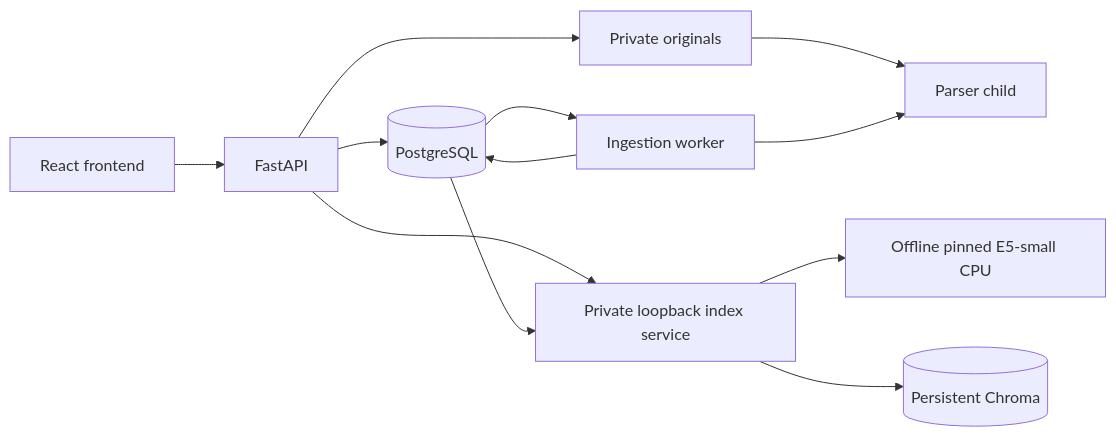
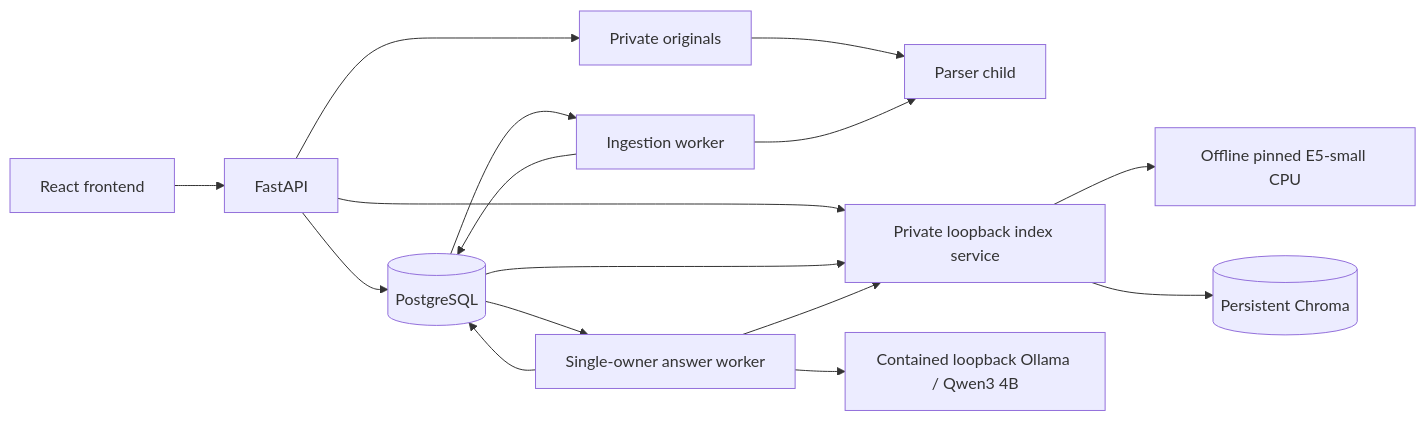
The diagram in docs/ARCHITECTURE.md (24f2003970/Gov_Policy_Agent), drawn with Mermaid before and after one commit. The commit also changed other lines of this file and 32 other files, not shown here.

Commit message:
Implement bounded local Ollama RAG answers and owned history

````diff
--- a/docs/ARCHITECTURE.md
+++ b/docs/ARCHITECTURE.md
@@ -5,14 +5,18 @@
 ```mermaid
 flowchart LR
   UI[React frontend] --> API[FastAPI]
   API --> DB[(PostgreSQL)]
   API --> FILES[Private originals]
   DB --> WORKER[Ingestion worker]
   FILES --> PARSER[Parser child]
   WORKER --> PARSER
   WORKER --> DB
   API --> INDEX[Private loopback index service]
   DB --> INDEX
   INDEX --> MODEL[Offline pinned E5-small CPU]
   INDEX --> VECTOR[(Persistent Chroma)]
+  DB --> RAG[Single-owner answer worker]
+  RAG --> INDEX
+  RAG --> LLM[Contained loopback Ollama / Qwen3 4B]
+  RAG --> DB
 ```
````
